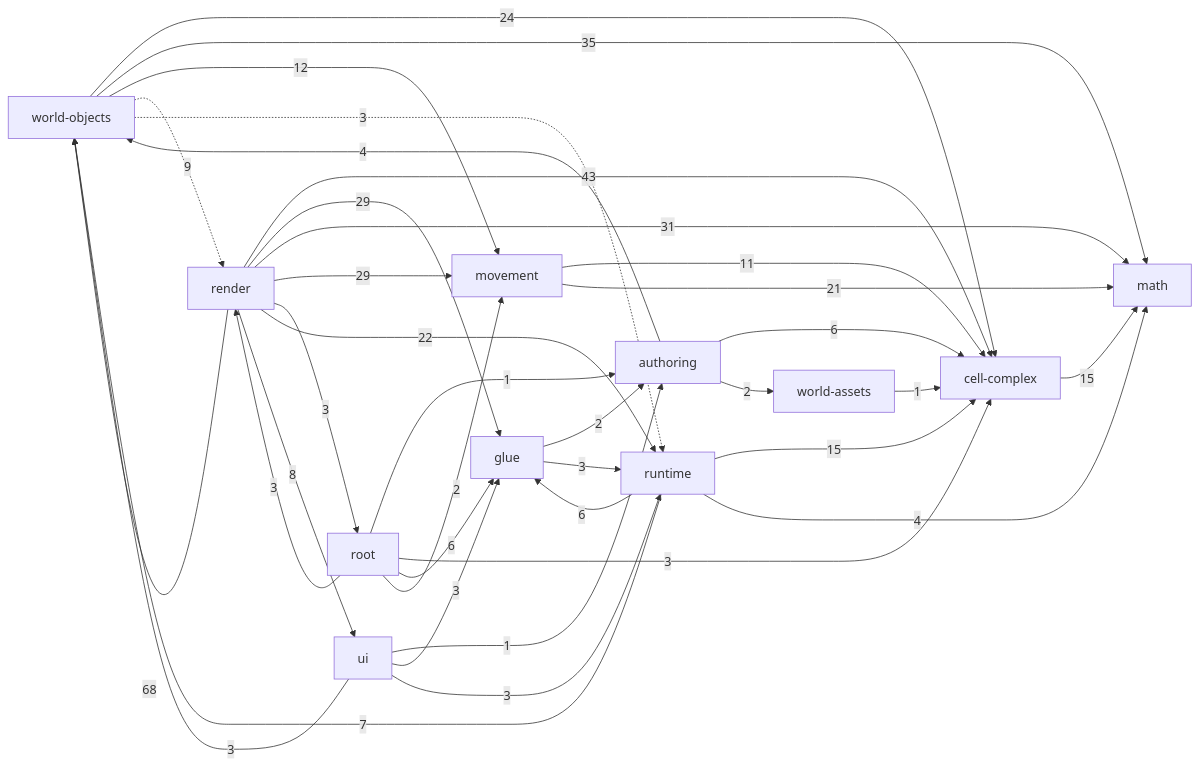
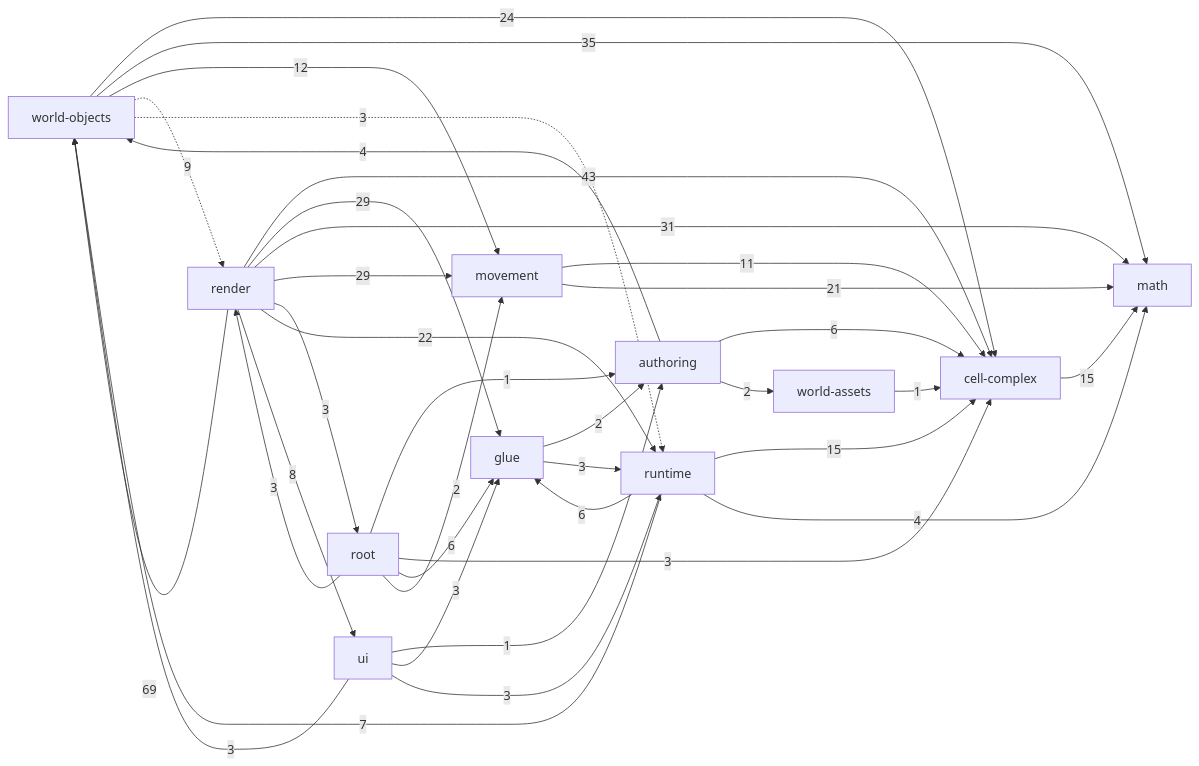
One commit to guraltsev/noneuclid-fpv changed the diagram in _docs/generated/ARCHITECTURE_REFERENCE.md. Above: the diagram before and after it, drawn with Mermaid. The commit also changed other lines of this file and 15 other files, not shown here.

````diff
--- a/_docs/generated/ARCHITECTURE_REFERENCE.md
+++ b/_docs/generated/ARCHITECTURE_REFERENCE.md
@@ -32,49 +32,49 @@
 ```mermaid
 flowchart LR
   math["math"]
   cell_complex["cell-complex"]
   movement["movement"]
   world_assets["world-assets"]
   world_objects["world-objects"]
   authoring["authoring"]
   runtime["runtime"]
   ui["ui"]
   glue["glue"]
   render["render"]
   root["root"]
   authoring -->|6| cell_complex
   authoring -->|2| world_assets
   authoring -->|4| world_objects
   cell_complex -->|15| math
   glue -->|2| authoring
   glue -->|3| runtime
   movement -->|11| cell_complex
   movement -->|21| math
   render -->|43| cell_complex
   render -->|29| glue
   render -->|31| math
   render -->|29| movement
   render -->|3| root
   render -->|22| runtime
   render -->|8| ui
-  render -->|68| world_objects
+  render -->|69| world_objects
   root -->|1| authoring
   root -->|3| cell_complex
   root -->|6| glue
   root -->|2| movement
   root -->|3| render
   runtime -->|15| cell_complex
   runtime -->|6| glue
   runtime -->|4| math
   runtime -->|7| world_objects
   ui -->|1| authoring
   ui -->|3| glue
   ui -->|3| runtime
   ui -->|3| world_objects
   world_assets -->|1| cell_complex
   world_objects -->|24| cell_complex
   world_objects -->|35| math
   world_objects -->|12| movement
   world_objects -.->|9| render
   world_objects -.->|3| runtime
 ```
````
